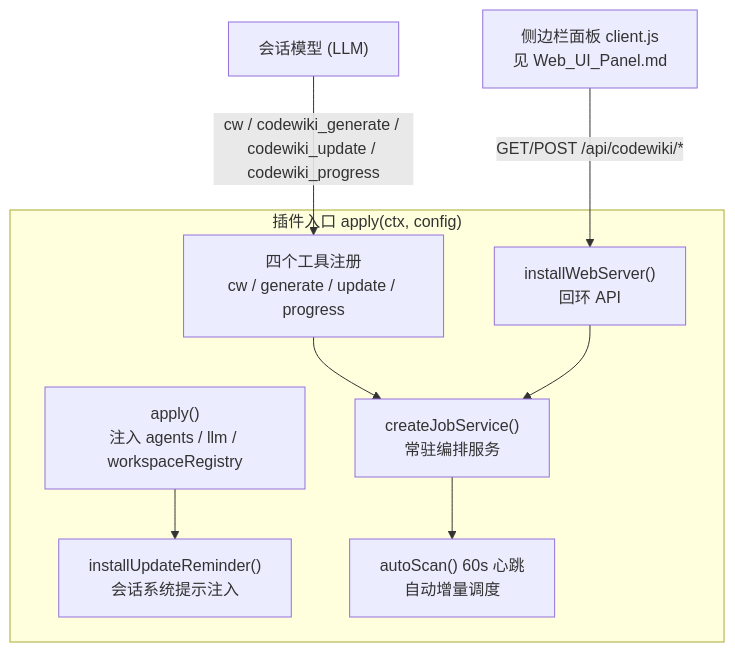
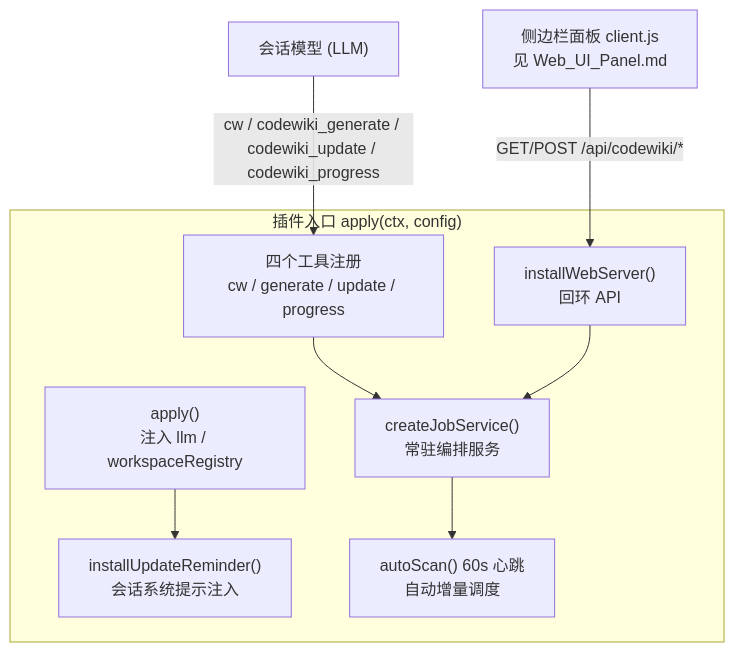
Before and after one commit to ikliml666/dsh-codewiki: the first of 6 diagrams in .codewiki/_techdocs/docs/Job_Orchestration.md, drawn with Mermaid. The commit also changed other lines of this file and 70 other files, not shown here.

````diff
--- a/.codewiki/_techdocs/docs/Job_Orchestration.md
+++ b/.codewiki/_techdocs/docs/Job_Orchestration.md
@@ -22,21 +22,21 @@
 ```mermaid
 flowchart TB
   subgraph Entry["插件入口 apply(ctx, config)"]
-    A1["apply()<br/>注入 agents / llm / workspaceRegistry"]
+    A1["apply()<br/>注入 llm / workspaceRegistry"]
     A2["createJobService()<br/>常驻编排服务"]
     A3["四个工具注册<br/>cw / generate / update / progress"]
     A4["installWebServer()<br/>回环 API"]
     A5["installUpdateReminder()<br/>会话系统提示注入"]
     A6["autoScan() 60s 心跳<br/>自动增量调度"]
   end
 
   Model["会话模型 (LLM)"]
   Panel["侧边栏面板 client.js<br/>见 Web_UI_Panel.md"]
 
   Model -->|"cw / codewiki_generate / codewiki_update / codewiki_progress"| A3
   A3 --> A2
   Panel -->|"GET/POST /api/codewiki/*"| A4
   A4 --> A2
   A2 --> A6
   A1 --> A5
 ```
````
